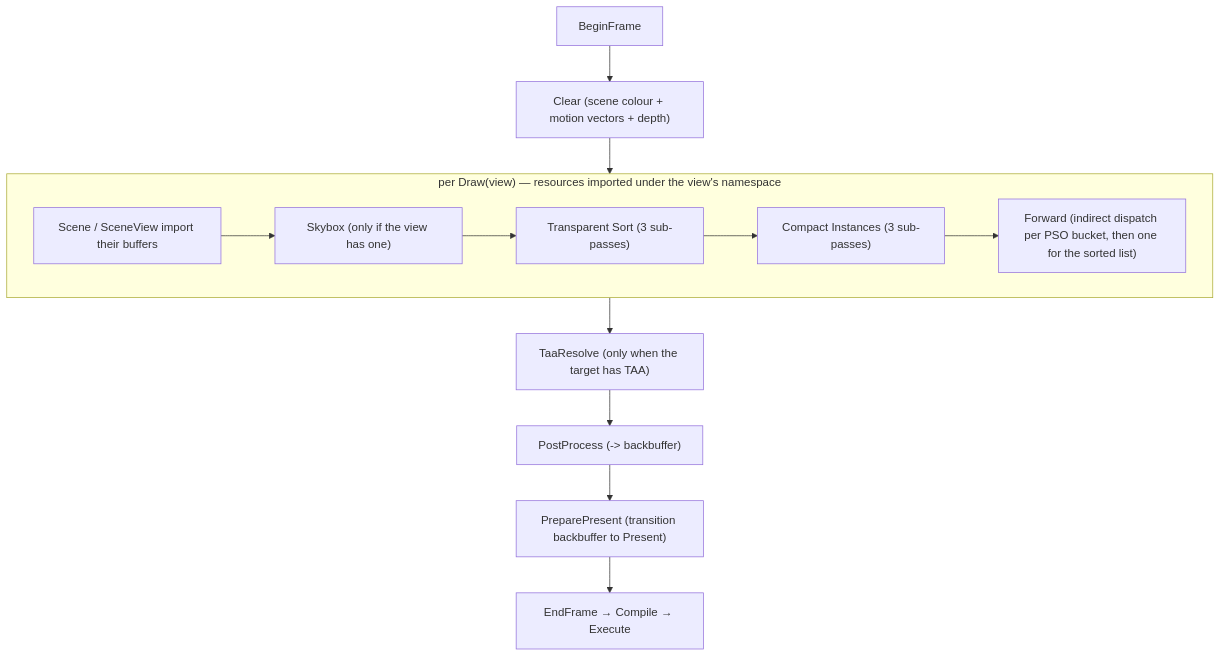
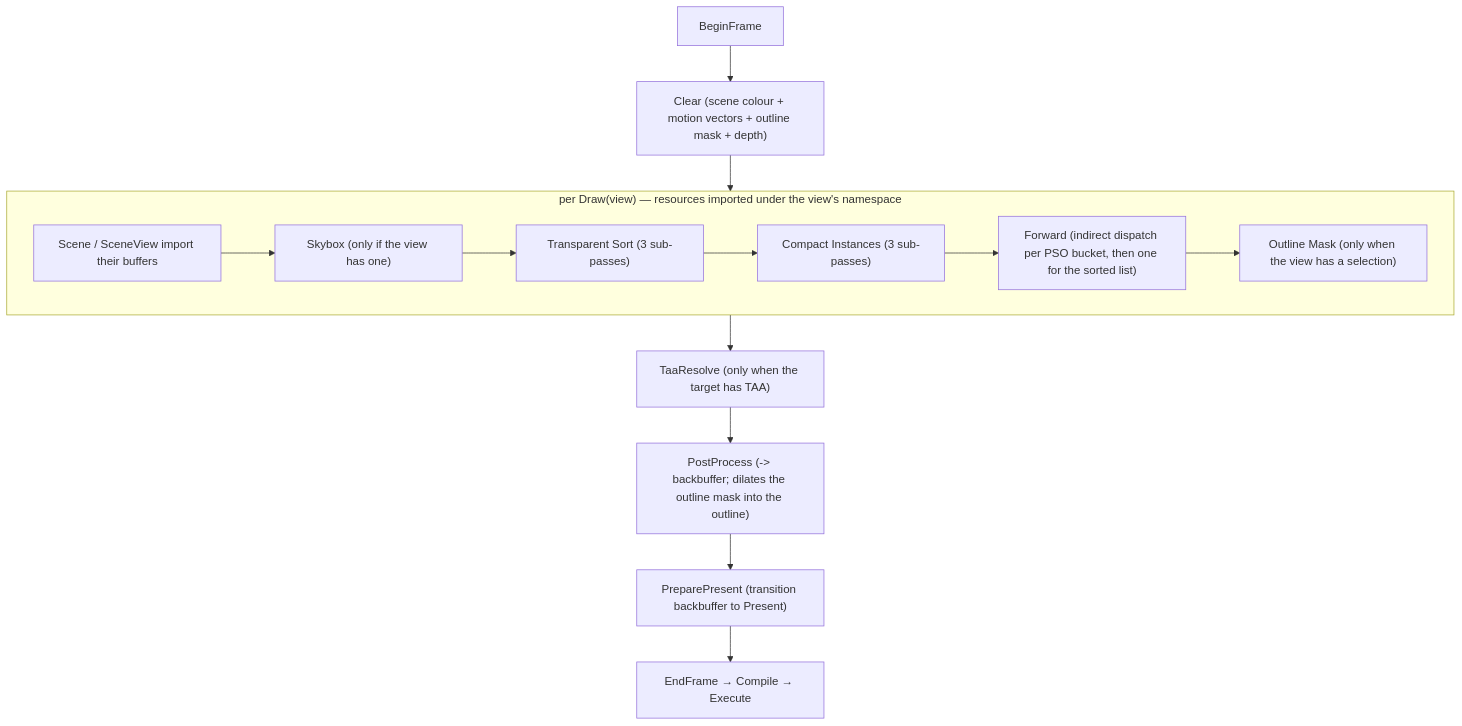
The diagram in docs/passes.md (alexjiang200407/bernini), drawn with Mermaid before and after one commit. The commit also changed other lines of this file and 17 other files, not shown here.

First line of the commit message:
feat(bgl): draw the selection outline

````diff
--- a/docs/passes.md
+++ b/docs/passes.md
@@ -24,15 +24,16 @@
 ```mermaid
 flowchart TD
-    BF["BeginFrame"] --> CLR["Clear (scene colour + motion vectors + depth)"]
+    BF["BeginFrame"] --> CLR["Clear (scene colour + motion vectors + outline mask + depth)"]
     CLR --> D["per Draw(view)"]
     subgraph D["per Draw(view) — resources imported under the view's namespace"]
         IMP["Scene / SceneView import their buffers"] --> SKY["Skybox (only if the view has one)"]
         SKY --> TS["Transparent Sort (3 sub-passes)"]
         TS --> CI["Compact Instances (3 sub-passes)"]
         CI --> FWD["Forward (indirect dispatch per PSO bucket, then one for the sorted list)"]
+        FWD --> SM["Outline Mask (only when the view has a selection)"]
     end
     D --> TAA["TaaResolve (only when the target has TAA)"]
-    TAA --> PPX["PostProcess (-> backbuffer)"]
+    TAA --> PPX["PostProcess (-> backbuffer; dilates the outline mask into the outline)"]
     PPX --> PP["PreparePresent (transition backbuffer to Present)"]
     PP --> EF["EndFrame → Compile → Execute"]
 ```
````
